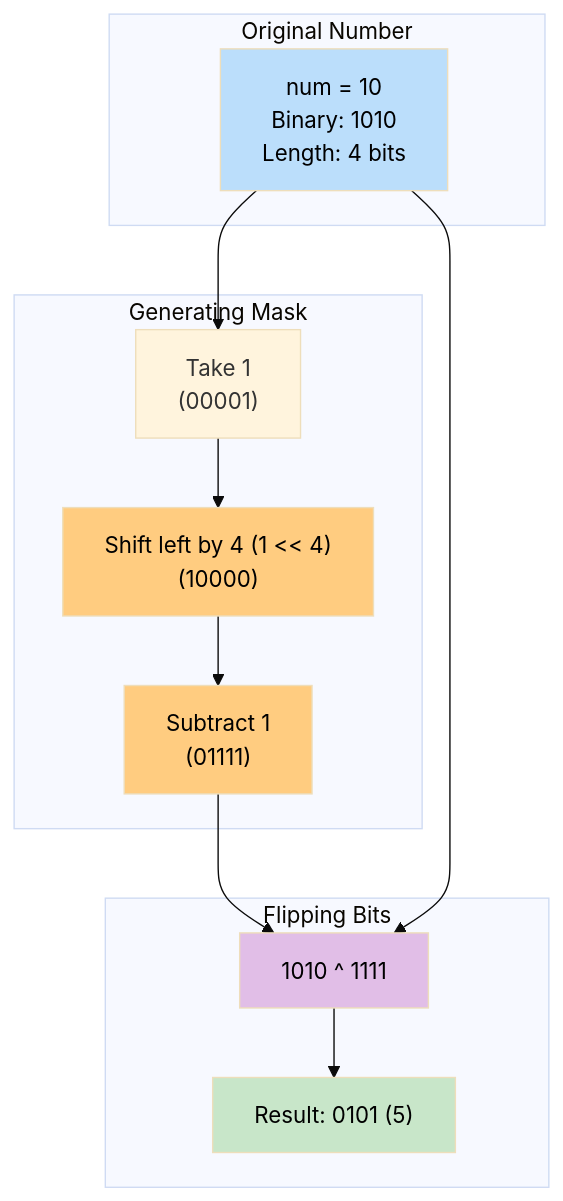
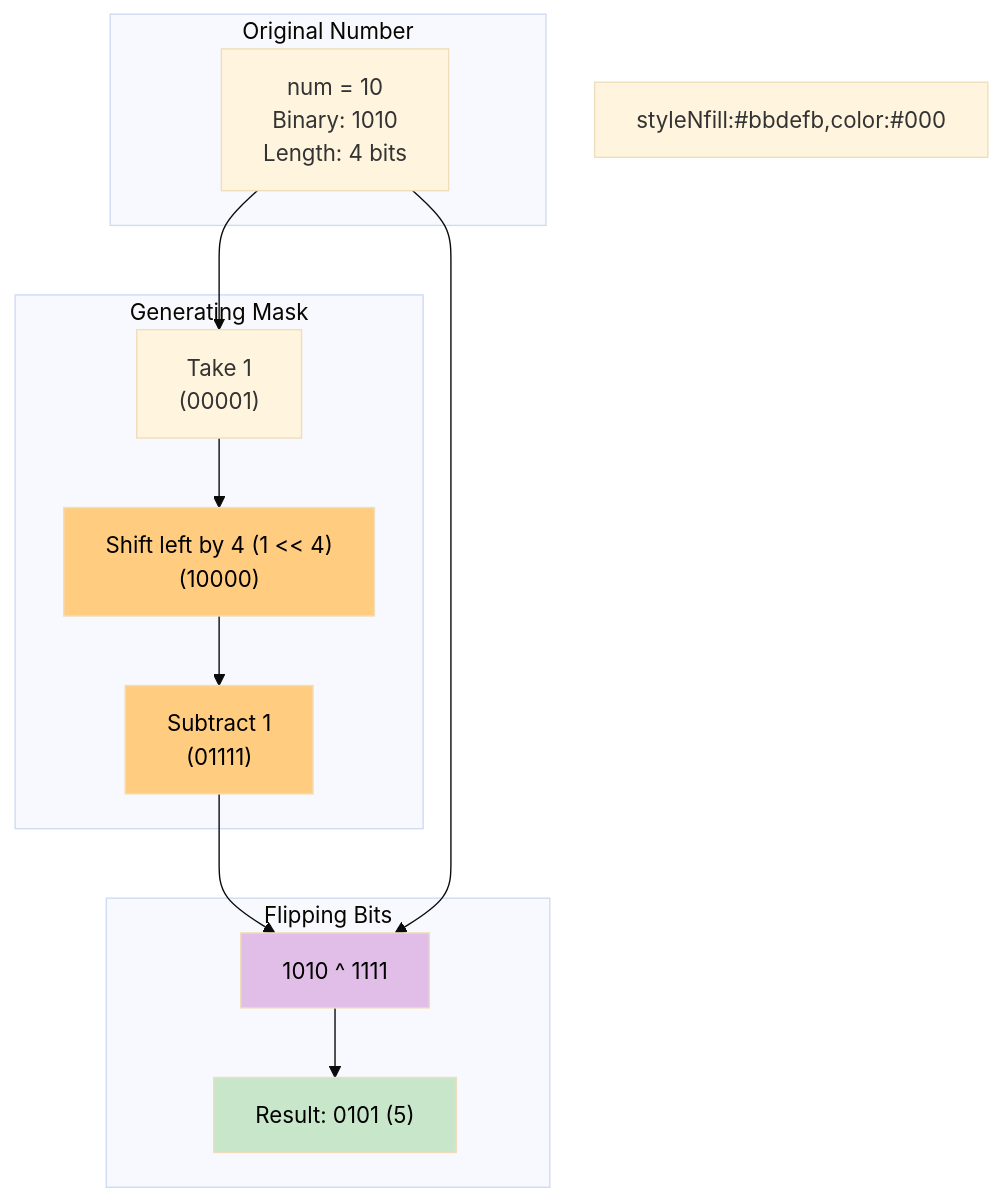
One commit to vadde/DSA changed the diagram in 18 - Bitwise XOR/problem_03_complement_of_base_10_number_walkthrough.md. Above: the diagram before and after it, drawn with Mermaid (base theme). The commit also changed 245 other files, not shown here.

First line of the commit message:
fix: Forensic fix of all Mermaid rendering issues across entire DSA repo + add pre-commit validation infrastructure

````diff
--- a/18 - Bitwise XOR/problem_03_complement_of_base_10_number_walkthrough.md
+++ b/18 - Bitwise XOR/problem_03_complement_of_base_10_number_walkthrough.md
@@ -61,29 +61,29 @@
 ```mermaid
 flowchart TD
-    subgraph Original Number
+    subgraph OriginalNumber [Original Number]
         N["num = 10\nBinary: 1010\nLength: 4 bits"]
     end
     
-    subgraph Generating Mask
+    subgraph GeneratingMask [Generating Mask]
         S1["Take 1\n(00001)"]
         S2["Shift left by 4 (1 << 4)\n(10000)"]
         S3["Subtract 1\n(01111)"]
     end
     
-    subgraph Flipping Bits
+    subgraph FlippingBits [Flipping Bits]
         XOR["1010 ^ 1111"]
         R["Result: 0101 (5)"]
     end
-    
-    N --> S1
-    S1 --> S2 --> S3
+
+N --> S1
+S1 --> S2 --> S3
     S3 --> XOR
-    N --> XOR
+N --> XOR
     XOR --> R
-    
-    style N fill:#bbdefb,color:#000
+
+styleNfill:#bbdefb,color:#000
     style S2 fill:#ffcc80,color:#000
     style S3 fill:#ffcc80,color:#000
     style XOR fill:#e1bee7,color:#000
     style R fill:#c8e6c9,color:#000
 ```
````
